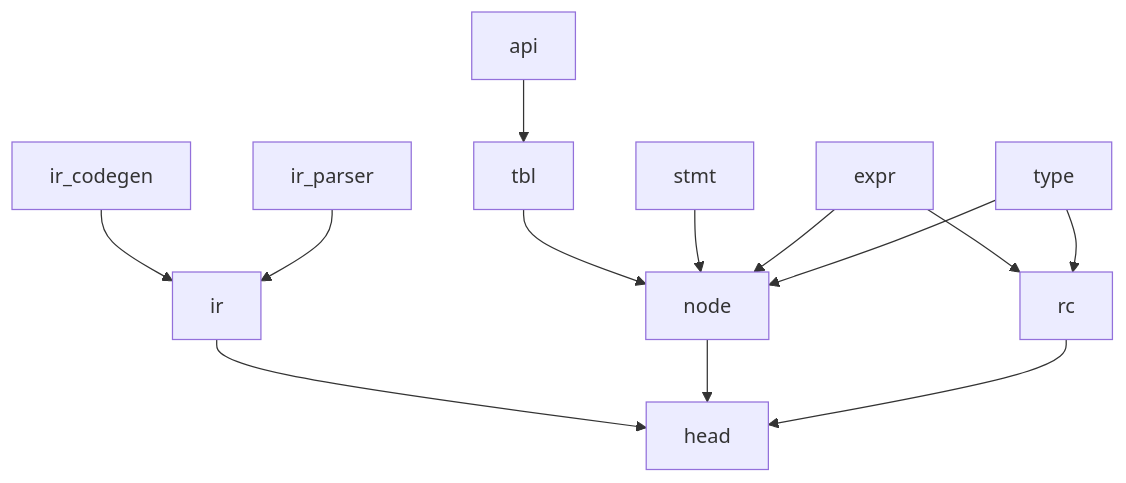
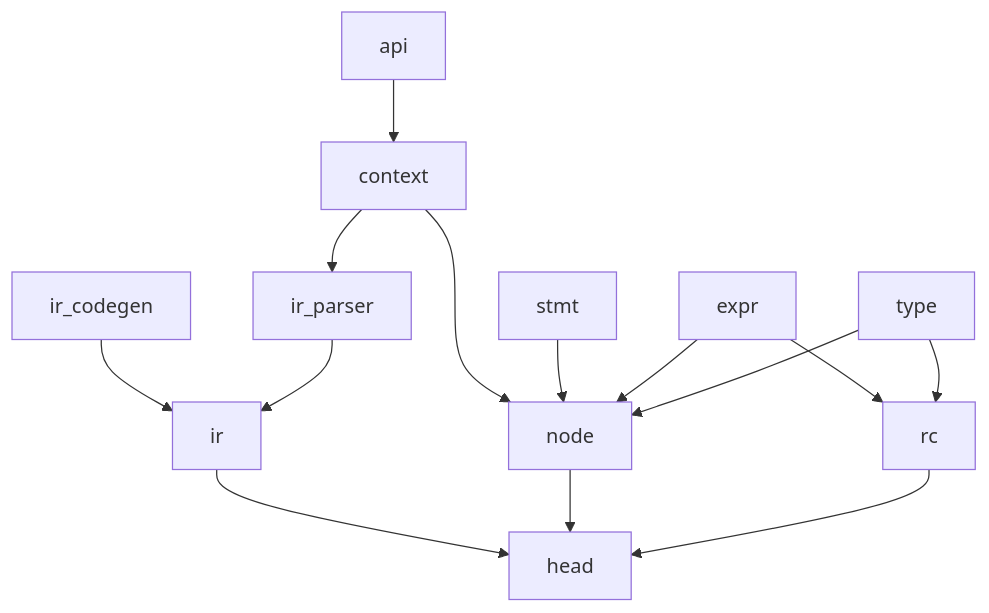
One commit to Mepy/tc changed the first of 3 diagrams in src/ast/README.md. Above: the diagram before and after it, drawn with Mermaid. The commit also changed 12 other files, not shown here.

````diff
--- a/src/ast/README.md
+++ b/src/ast/README.md
@@ -50,18 +50,19 @@
 ```Mermaid
 graph TD
-api  --> tbl
+api  --> context
+context --> ir_parser
 
 ir_codegen --> ir
 ir_parser  --> ir
 
-tbl  --> node
+context  --> node
 stmt --> node
 expr --> node
 type --> node
 expr --> rc
 type --> rc
 
 ir --> head
 node --> head
 rc   --> head
 ```
````
